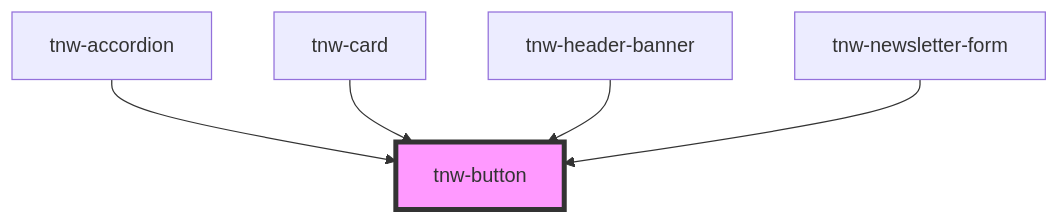
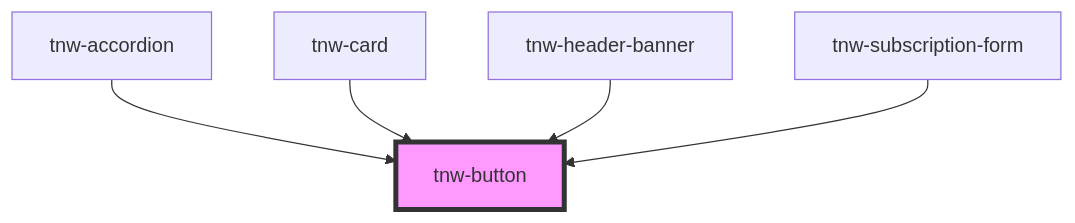
The diagram in packages/stencil-library/src/components/tnw-button/readme.md (technway/technway-component-library), drawn with Mermaid before and after one commit. The commit also changed other lines of this file and 47 other files, not shown here.

First line of the commit message:
refactor: rename tnw-newsletter-form to tnw-subscription-form

````diff
--- a/packages/stencil-library/src/components/tnw-button/readme.md
+++ b/packages/stencil-library/src/components/tnw-button/readme.md
@@ -91,8 +91,8 @@
 ```mermaid
 graph TD;
   tnw-accordion --> tnw-button
   tnw-card --> tnw-button
   tnw-header-banner --> tnw-button
-  tnw-newsletter-form --> tnw-button
+  tnw-subscription-form --> tnw-button
   style tnw-button fill:#f9f,stroke:#333,stroke-width:4px
 ```
````
